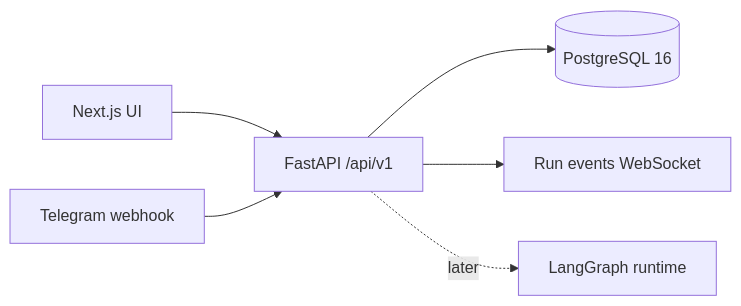
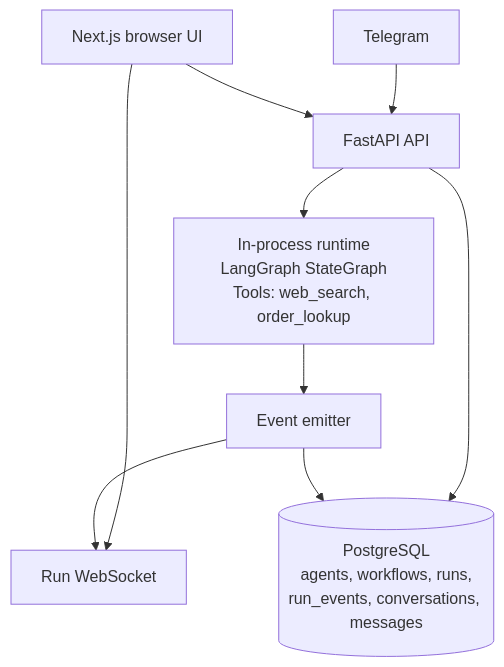
One commit to srivishnu21/agent_mesh changed the diagram in README.md. Above: the diagram before and after it, drawn with Mermaid. The commit also changed other lines of this file and 48 other files, not shown here.

````diff
--- a/README.md
+++ b/README.md
@@ -7,8 +11,11 @@
 ```mermaid
-flowchart LR
-  UI[Next.js UI] --> API[FastAPI /api/v1]
-  API --> DB[(PostgreSQL 16)]
-  API --> WS[Run events WebSocket]
-  TG[Telegram webhook] --> API
-  API -. later .-> LG[LangGraph runtime]
+flowchart TD
+  Telegram[Telegram] --> API[FastAPI API]
+  Browser[Next.js browser UI] --> API
+  Browser --> WS[Run WebSocket]
+  API --> Runtime[In-process runtime<br/>LangGraph StateGraph<br/>Tools: web_search, order_lookup]
+  Runtime --> Events[Event emitter]
+  Events --> WS
+  API --> DB[(PostgreSQL<br/>agents, workflows, runs,<br/>run_events, conversations, messages)]
+  Events --> DB
 ```
````
